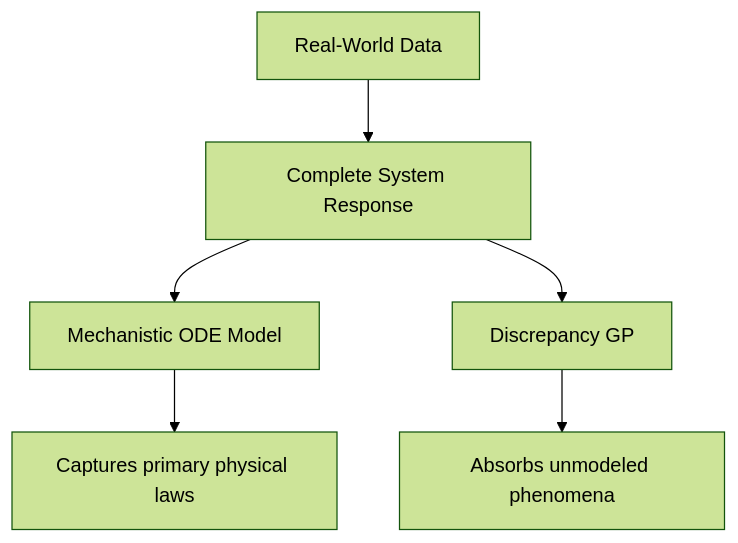
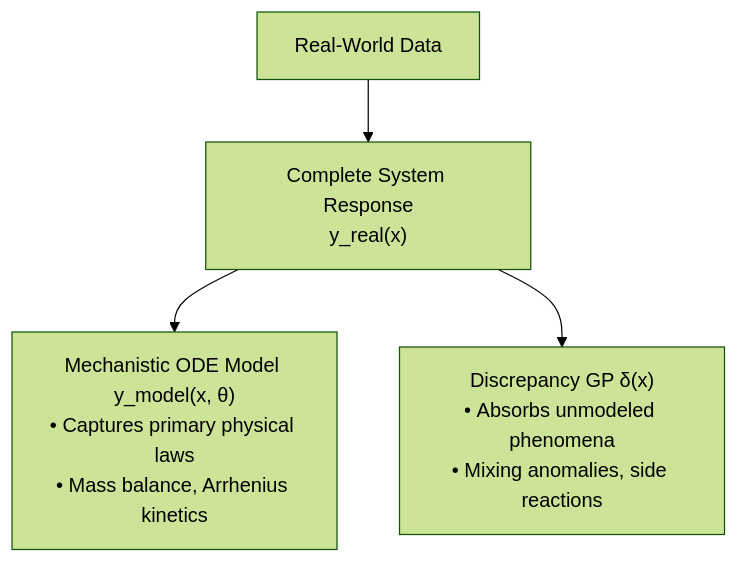
Before and after one commit to premzea/pectin-acid-hydrolisis-simulator: the seventh of 7 diagrams in docs/framework.md, drawn with Mermaid (forest theme). The commit also changed 1 other file, not shown here.

Commit message:
docs: integrate detail bullets directly inside Mechanistic ODE and Discrepancy GP boxes

````diff
--- a/docs/framework.md
+++ b/docs/framework.md
@@ -390,8 +390,6 @@
 ```mermaid
 graph TD
-  A[Real-World Data] --> B[Complete System Response]
-  B --> C[Mechanistic ODE Model]
-  C --> C2[Captures primary physical laws]
-  B --> D[Discrepancy GP]
-  D --> D2[Absorbs unmodeled phenomena]
+  A["Real-World Data"] --> B["Complete System Response<br/>y_real(x)"]
+  B --> C["Mechanistic ODE Model y_model(x, θ)<br/>• Captures primary physical laws<br/>• Mass balance, Arrhenius kinetics"]
+  B --> D["Discrepancy GP δ(x)<br/>• Absorbs unmodeled phenomena<br/>• Mixing anomalies, side reactions"]
 ```
````
